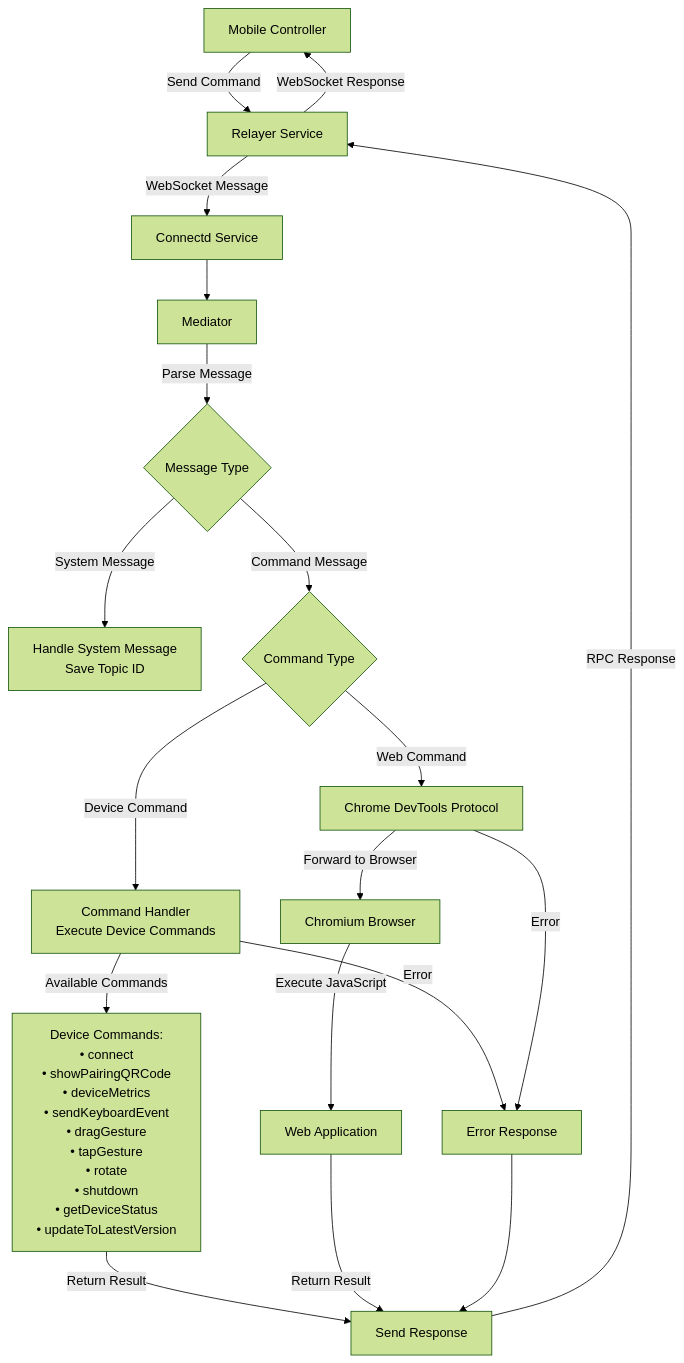
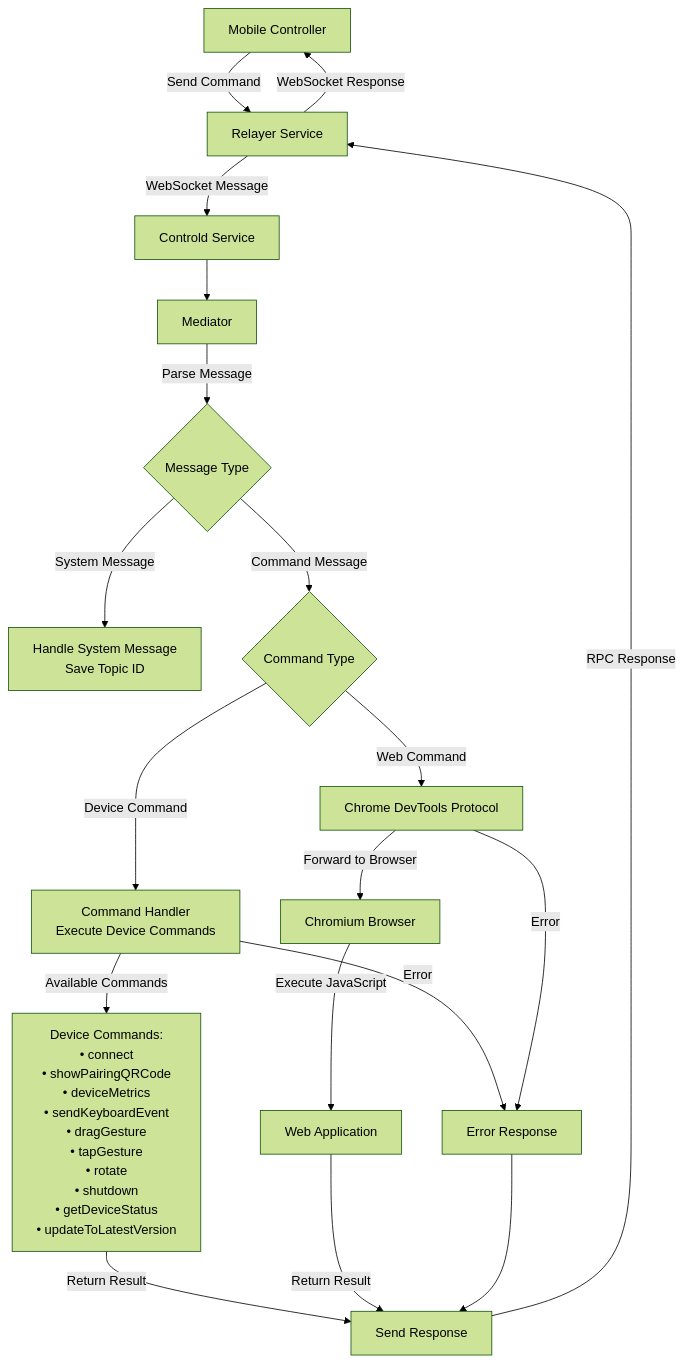
The third of 3 diagrams in DEVICE_LIFECYCLE.md (feral-file/ffos), drawn with Mermaid (forest theme) before and after one commit. The commit also changed 6 other files, not shown here.

````diff
--- a/DEVICE_LIFECYCLE.md
+++ b/DEVICE_LIFECYCLE.md
@@ -50,38 +50,38 @@
 ```mermaid
 flowchart TD
     %% Command Flow from Mobile
     Mobile[Mobile Controller] --> |Send Command| Relayer[Relayer Service]
-    Relayer --> |WebSocket Message| Connectd[Connectd Service]
+    Relayer --> |WebSocket Message| Controld[Controld Service]
     
     %% Command Processing
-    Connectd --> Mediator[Mediator]
+    Controld --> Mediator[Mediator]
     Mediator --> |Parse Message| Parse{Message Type}
     
     Parse --> |System Message| System[Handle System Message<br/>Save Topic ID]
     Parse --> |Command Message| CmdType{Command Type}
     
     CmdType --> |Device Command| DeviceCmd[Command Handler<br/>Execute Device Commands]
     CmdType --> |Web Command| WebCmd[Chrome DevTools Protocol]
     
     DeviceCmd --> |Available Commands| Commands[Device Commands:<br/>• connect<br/>• showPairingQRCode<br/>• deviceMetrics<br/>• sendKeyboardEvent<br/>• dragGesture<br/>• tapGesture<br/>• rotate<br/>• shutdown<br/>• getDeviceStatus<br/>• updateToLatestVersion]
     
     WebCmd --> |Forward to Browser| Browser[Chromium Browser]
     Browser --> |Execute JavaScript| WebApp[Web Application]
     
     %% Response Flow
     Commands --> |Return Result| Response[Send Response]
     WebApp --> |Return Result| Response
     
     Response --> |RPC Response| Relayer
     Relayer --> |WebSocket Response| Mobile
     
     %% Error Handling
     DeviceCmd --> |Error| Error[Error Response]
     WebCmd --> |Error| Error
     Error --> Response
     
-    class Connectd,Relayer service
+    class Controld,Relayer service
     class Mediator,Commands,Browser,WebApp component
     class Parse,CmdType decision
     class Mobile external
 ```
````
